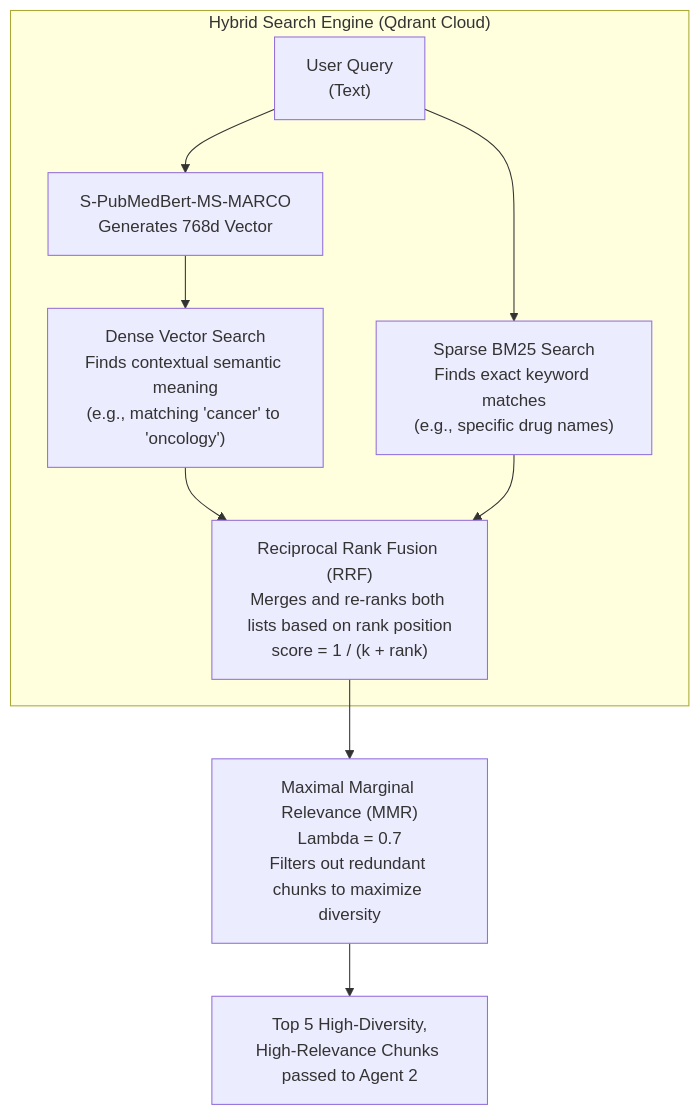
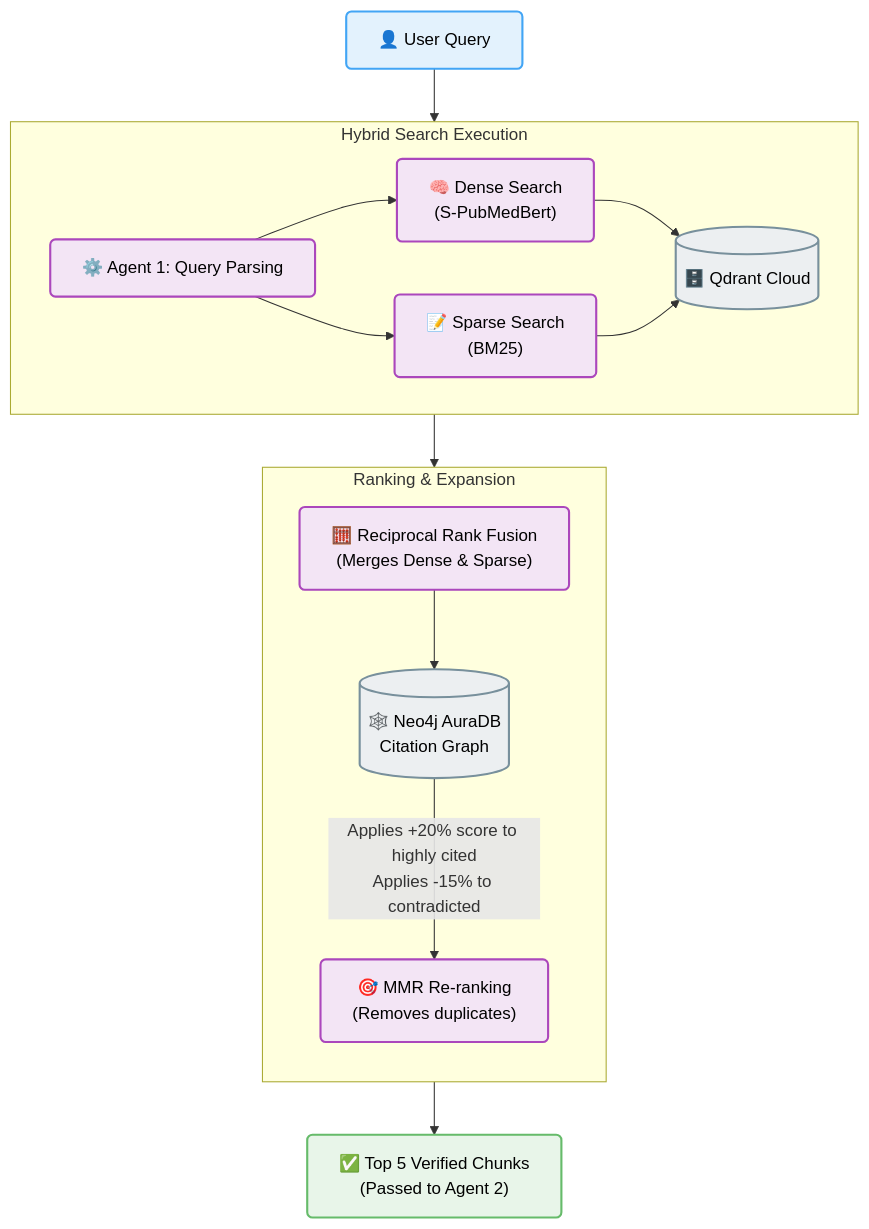
One commit to pavan939111/SelfLearning_Rag changed the fourth of 11 diagrams in ARCHITECTURE.md. Above: the diagram before and after it, drawn with Mermaid. The commit also changed other lines of this file, not shown here.

Commit message:
docs: apply pastel color grading to all diagrams in ARCHITECTURE.md to ensure high visibility and professional design

````diff
--- a/ARCHITECTURE.md
+++ b/ARCHITECTURE.md
@@ -154,16 +145,27 @@
 ```mermaid
 flowchart TD
-    Q["User Query\n(Text)"] --> EM["S-PubMedBert-MS-MARCO\nGenerates 768d Vector"]
-    
-    subgraph HYBRID ["Hybrid Search Engine (Qdrant Cloud)"]
-        EM --> DENSE["Dense Vector Search\nFinds contextual semantic meaning\n(e.g., matching 'cancer' to 'oncology')"]
-        Q --> SPARSE["Sparse BM25 Search\nFinds exact keyword matches\n(e.g., specific drug names)"]
+    classDef query fill:#e3f2fd,stroke:#42a5f5,stroke-width:2px,color:#000,rx:5px
+    classDef db fill:#eceff1,stroke:#78909c,stroke-width:2px,color:#000,rx:10px
+    classDef process fill:#f3e5f5,stroke:#ab47bc,stroke-width:2px,color:#000,rx:5px
+    classDef result fill:#e8f5e9,stroke:#66bb6a,stroke-width:2px,color:#000,rx:5px
+
+    Q["👤 User Query"]:::query --> PARSE["⚙️ Agent 1: Query Parsing"]:::process
+
+    subgraph SEARCH ["Hybrid Search Execution"]
+        direction LR
+        PARSE --> DENSE["🧠 Dense Search\n(S-PubMedBert)"]:::process
+        PARSE --> SPARSE["📝 Sparse Search\n(BM25)"]:::process
         
-        DENSE --> RRF["Reciprocal Rank Fusion (RRF)\nMerges and re-ranks both lists based on rank position\nscore = 1 / (k + rank)"]
-        SPARSE --> RRF
+        DENSE --> QDRANT[("🗄️ Qdrant Cloud")]:::db
+        SPARSE --> QDRANT
     end
 
-    RRF --> MMR["Maximal Marginal Relevance (MMR)\nLambda = 0.7\nFilters out redundant chunks to maximize diversity"]
-    
-    MMR --> OUT["Top 5 High-Diversity,\nHigh-Relevance Chunks passed to Agent 2"]
+    subgraph FUSION ["Ranking & Expansion"]
+        direction TB
+        QDRANT --> RRF["🧮 Reciprocal Rank Fusion\n(Merges Dense & Sparse)"]:::process
+        RRF --> NEO4J[("🕸️ Neo4j AuraDB\nCitation Graph")]:::db
+        NEO4J -->|"Applies +20% score to highly cited\nApplies -15% to contradicted"| MMR["🎯 MMR Re-ranking\n(Removes duplicates)"]:::process
+    end
+
+    MMR --> OUT["✅ Top 5 Verified Chunks\n(Passed to Agent 2)"]:::result
 ```
````
